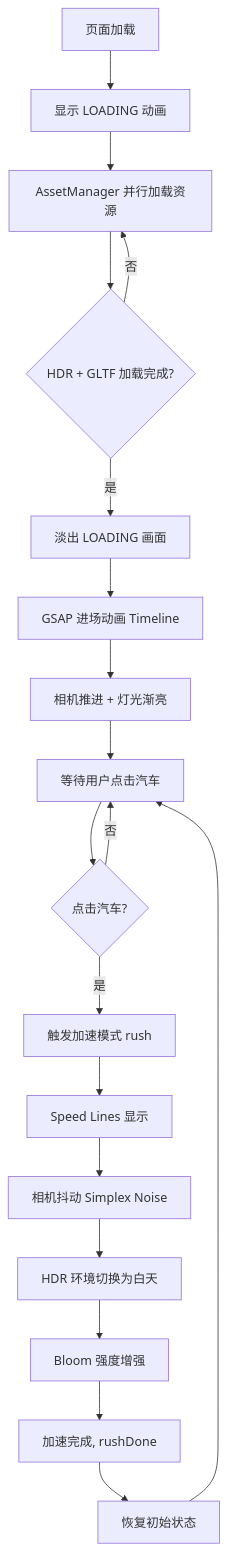
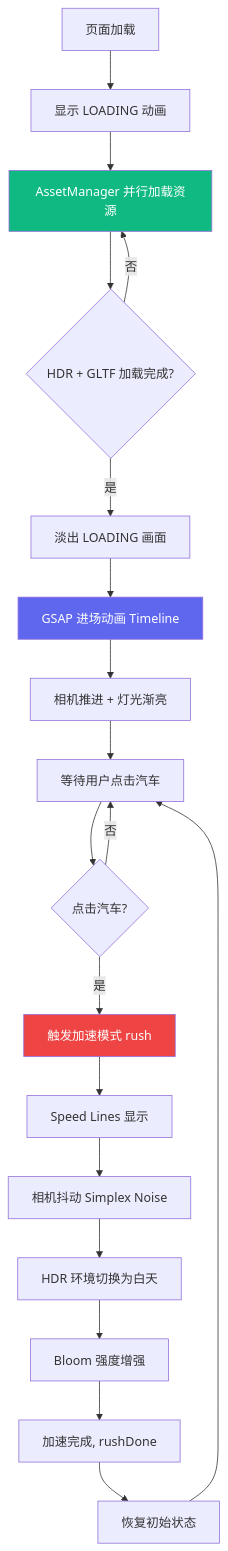
One commit to raopan2021/blog changed the diagram in docs/three/11-项目实战二汽车展示网站/index.md. Above: the diagram before and after it, drawn with Mermaid. The commit also changed other lines of this file and 36 other files, not shown here.

````diff
--- a/docs/three/11-项目实战二汽车展示网站/index.md
+++ b/docs/three/11-项目实战二汽车展示网站/index.md
@@ -58,21 +57,24 @@
 ```mermaid
 graph TD
     A[页面加载] --> B[显示 LOADING 动画]
     B --> C[AssetManager 并行加载资源]
     C --> D{HDR + GLTF 加载完成?}
     D -- 否 --> C
     D -- 是 --> E[淡出 LOADING 画面]
     E --> F[GSAP 进场动画 Timeline]
     F --> G[相机推进 + 灯光渐亮]
     G --> H[等待用户点击汽车]
     H --> I{点击汽车?}
     I -- 否 --> H
     I -- 是 --> J[触发加速模式 rush]
     J --> K[Speed Lines 显示]
     K --> L[相机抖动 Simplex Noise]
     L --> M[HDR 环境切换为白天]
     M --> N[Bloom 强度增强]
     N --> O[加速完成, rushDone]
     O --> P[恢复初始状态]
     P --> H
+    style F fill:#5f67ee,color:#fff
+    style J fill:#ef4444,color:#fff
+    style C fill:#10b981,color:#fff
 ```
````
